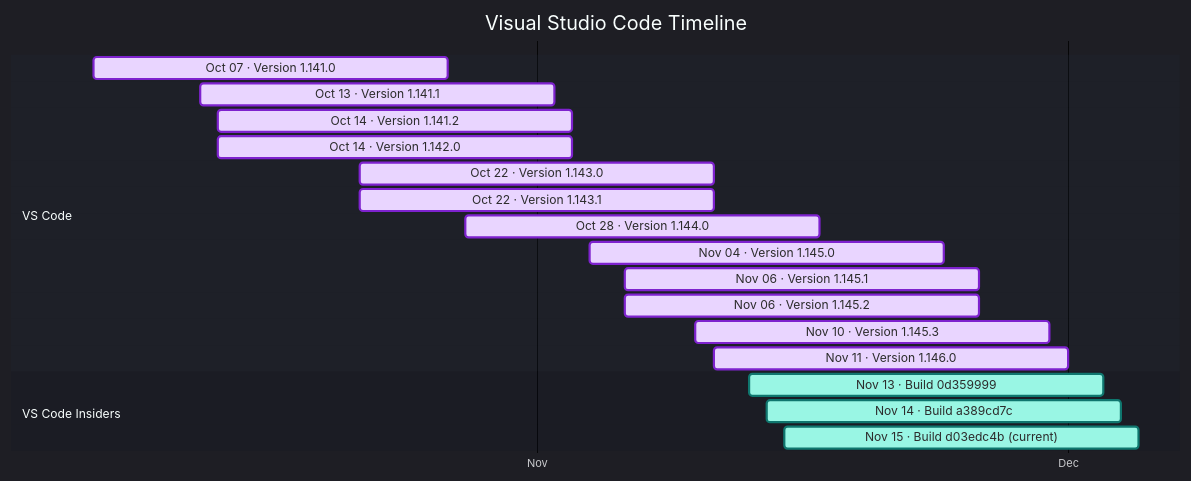
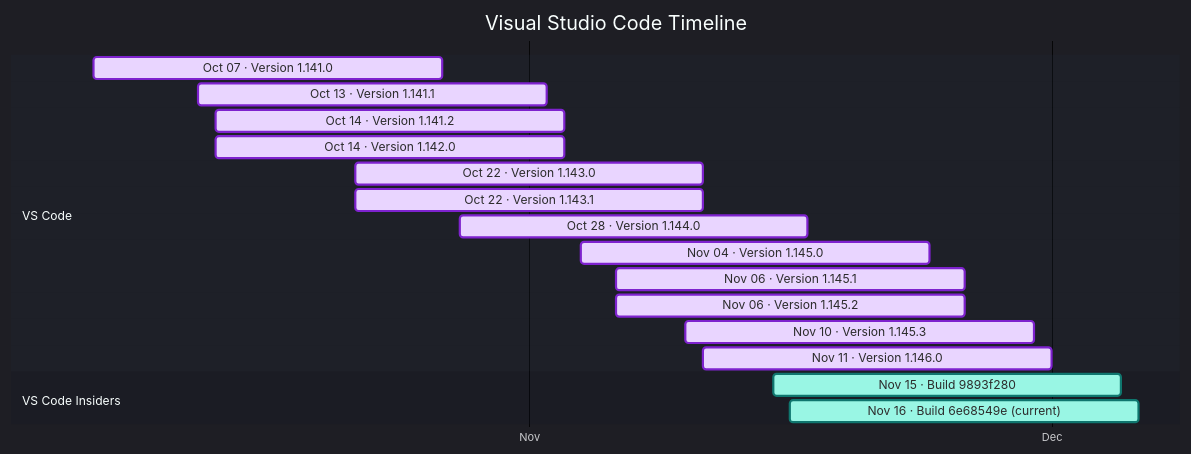
Before and after one commit to Oxelya-DevTools/VisualStudioUpdate: the diagram in docs/vscode.md, drawn with Mermaid. The commit also changed other lines of this file and 1 other file, not shown here.

````diff
--- a/docs/vscode.md
+++ b/docs/vscode.md
@@ -9,25 +9,24 @@
 ```mermaid
 %%{init: {'theme':'dark','themeVariables': { 'fontFamily': 'Segoe UI', 'fontSize': '24px', 'textColor': '#F3F4F6', 'titleTextColor': '#FFFFFF', 'taskTextColor': '#111827', 'taskTextLightColor': '#111827', 'taskTextOutsideColor': '#F3F4F6', 'taskBkgColor': '#BAE6FD', 'taskBorderColor': '#0369A1', 'doneTaskBkgColor': '#E9D5FF', 'doneTaskBorderColor': '#7E22CE', 'activeTaskBkgColor': '#99F6E4', 'activeTaskBorderColor': '#0F766E', 'critTaskBkgColor': '#FED7AA', 'critTaskBorderColor': '#C2410C', 'sectionBkgColor': '#1F2937', 'altSectionBkgColor': '#111827', 'gridColor': '#4B5563', 'todayLineColor': '#F87171' }}}%%
 gantt
     title Visual Studio Code Timeline
     dateFormat  YYYY-MM-DD
     axisFormat  %b
     tickInterval 1month
     section VS Code
     Oct 07 · Version 1.141.0 : done, vscode202610070, 2026-10-07, 20d
     Oct 13 · Version 1.141.1 : done, vscode202610131, 2026-10-13, 20d
     Oct 14 · Version 1.141.2 : done, vscode202610142, 2026-10-14, 20d
     Oct 14 · Version 1.142.0 : done, vscode202610143, 2026-10-14, 20d
     Oct 22 · Version 1.143.0 : done, vscode202610224, 2026-10-22, 20d
     Oct 22 · Version 1.143.1 : done, vscode202610225, 2026-10-22, 20d
     Oct 28 · Version 1.144.0 : done, vscode202610286, 2026-10-28, 20d
     Nov 04 · Version 1.145.0 : done, vscode202611047, 2026-11-04, 20d
     Nov 06 · Version 1.145.1 : done, vscode202611068, 2026-11-06, 20d
     Nov 06 · Version 1.145.2 : done, vscode202611069, 2026-11-06, 20d
     Nov 10 · Version 1.145.3 : done, vscode2026111010, 2026-11-10, 20d
     Nov 11 · Version 1.146.0 : done, vscode2026111111, 2026-11-11, 20d
     section VS Code Insiders
-    Nov 13 · Build 0d359999 : active, vscodeinsiders202611130, 2026-11-13, 20d
-    Nov 14 · Build a389cd7c : active, vscodeinsiders202611141, 2026-11-14, 20d
-    Nov 15 · Build d03edc4b (current) : active, vscodeinsiders202611152, 2026-11-15, 20d
+    Nov 15 · Build 9893f280 : active, vscodeinsiders202611150, 2026-11-15, 20d
+    Nov 16 · Build 6e68549e (current) : active, vscodeinsiders202611161, 2026-11-16, 20d
 ```
````
